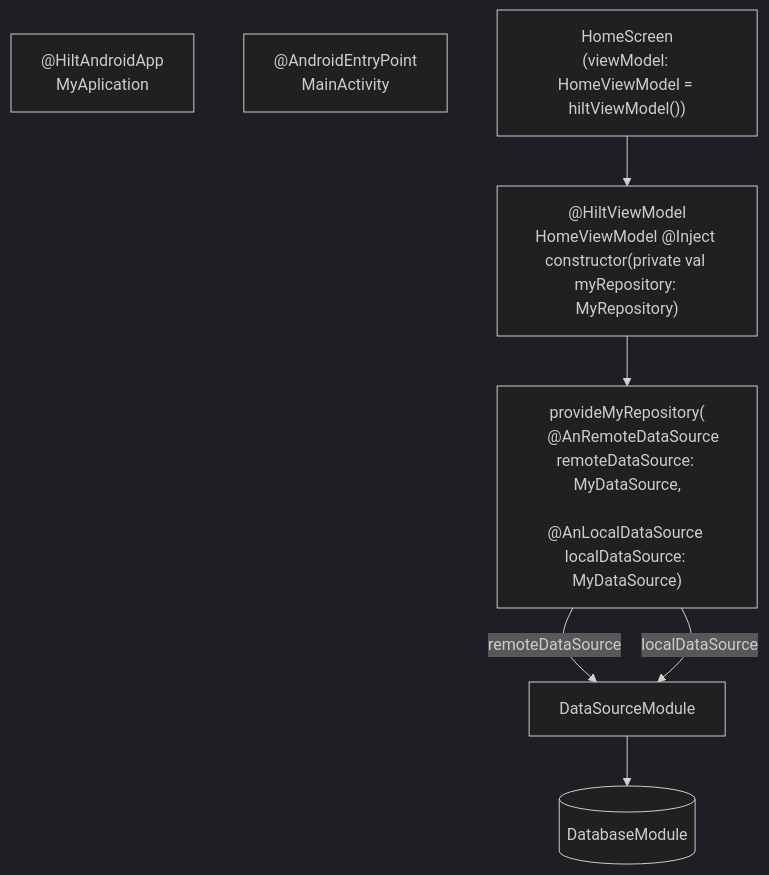
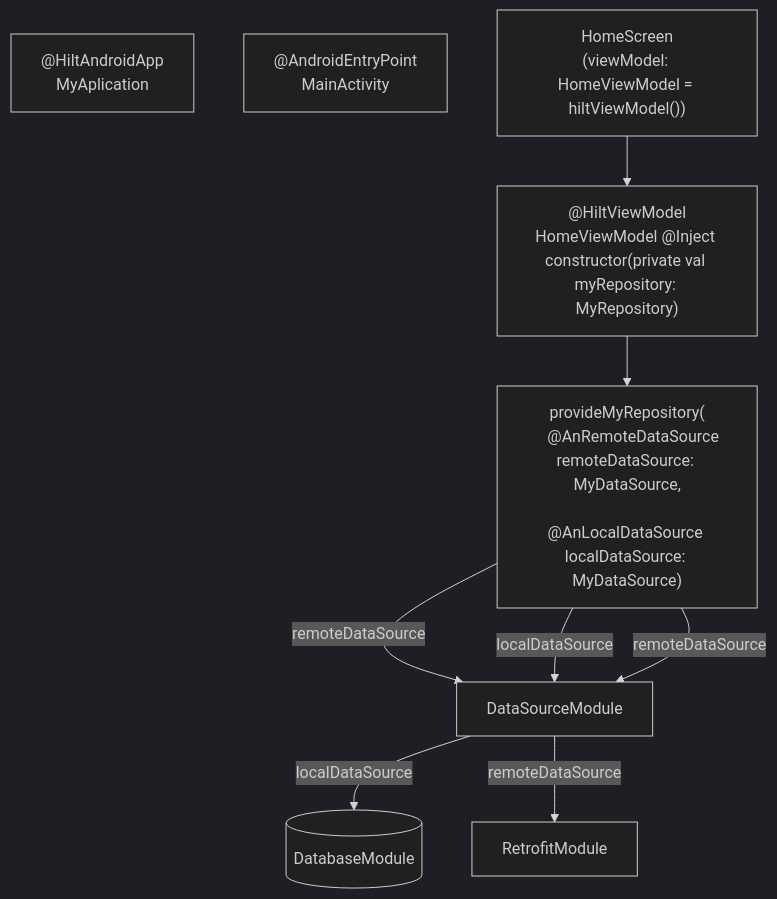
Before and after one commit to Ango1eiro/MySnippets: the diagram in Android/DI/Hilt/HiltComposeExample.md, drawn with Mermaid (dark theme).

````diff
--- a/Android/DI/Hilt/HiltComposeExample.md
+++ b/Android/DI/Hilt/HiltComposeExample.md
@@ -3,16 +3,17 @@
 ```mermaid
 
 
 
 graph TD;
     MyApplication["@HiltAndroidApp<br>MyAplication"];
     MainActivity["@AndroidEntryPoint<br>MainActivity"];
     HomeScreen["HomeScreen<br>(viewModel: HomeViewModel = hiltViewModel())"]-->HomeViewModel;
     HomeViewModel["@HiltViewModel<br>HomeViewModel @Inject constructor(private val myRepository: MyRepository)"]-->RepositoryModule;
     RepositoryModule["provideMyRepository(
     @AnRemoteDataSource remoteDataSource: MyDataSource,
     <br>@AnLocalDataSource localDataSource: MyDataSource)"]--remoteDataSource-->DataSourceModule;
     RepositoryModule--localDataSource-->DataSourceModule;
-    DataSourceModule-->DatabaseModule[(DatabaseModule)];
-
+    DataSourceModule--localDataSource-->DatabaseModule[(DatabaseModule)];
+    RepositoryModule--remoteDataSource-->DataSourceModule;
+    DataSourceModule--remoteDataSource-->RetrofitModule;
 ```
````
